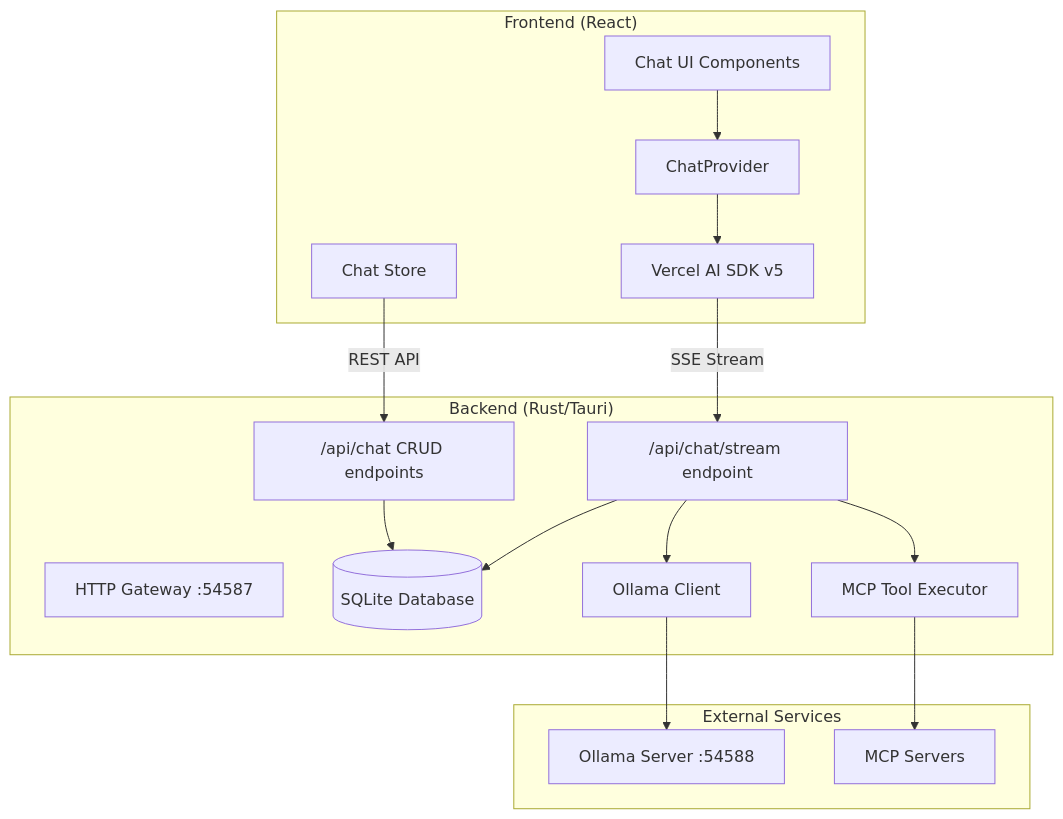
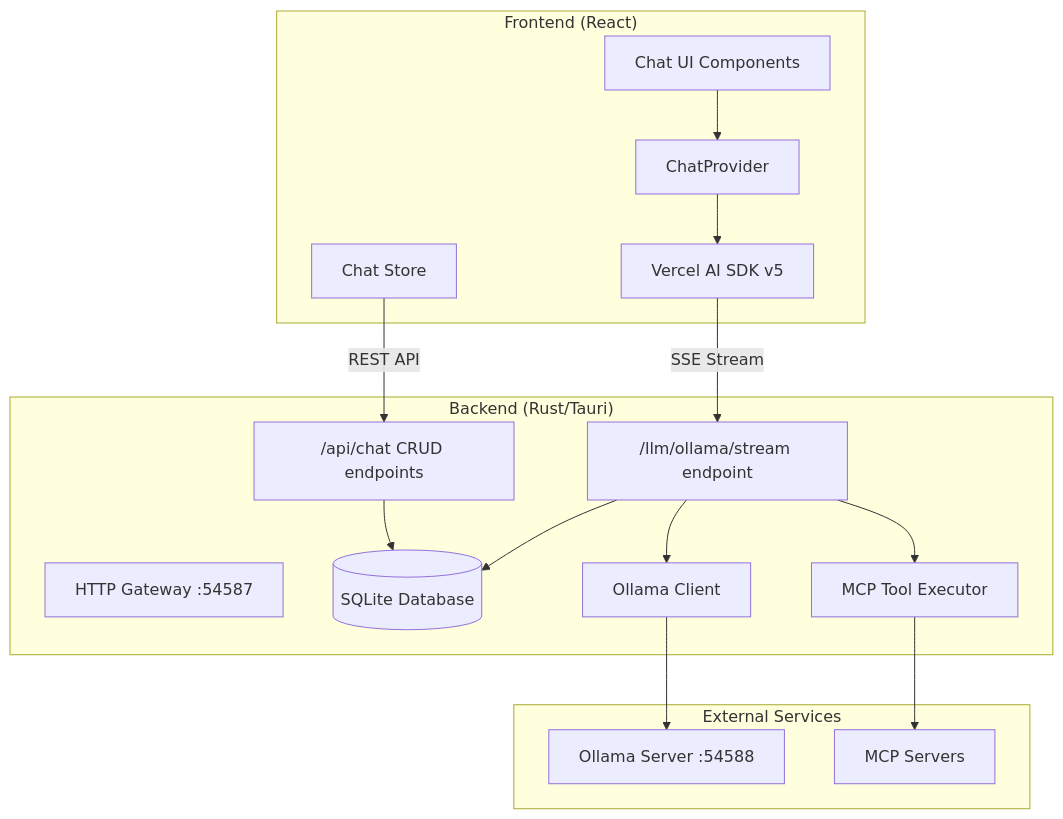
Before and after one commit to archestra-ai/prototypes: the first of 3 diagrams in desktop/chat-architecture.md, drawn with Mermaid. The commit also changed other lines of this file and 7 other files, not shown here.

Commit message:
Remove chat handler, move things to ollama.rs

````diff
--- a/desktop/chat-architecture.md
+++ b/desktop/chat-architecture.md
@@ -9,37 +9,37 @@
 ```mermaid
 graph TB
     subgraph "Frontend (React)"
         UI[Chat UI Components]
         CP[ChatProvider]
         SDK[Vercel AI SDK v5]
         CS[Chat Store]
     end
 
     subgraph "Backend (Rust/Tauri)"
         GW[HTTP Gateway :54587]
-        CHAT["/api/chat/stream endpoint"]
+        CHAT["/llm/ollama/stream endpoint"]
         CRUD["/api/chat CRUD endpoints"]
         DB[(SQLite Database)]
         MCP[MCP Tool Executor]
         OC[Ollama Client]
     end
 
     subgraph "External Services"
         OLLAMA[Ollama Server :54588]
         MCPS[MCP Servers]
     end
 
     UI --> CP
     CP --> SDK
     SDK --> |"SSE Stream"| CHAT
     CS --> |"REST API"| CRUD
 
     CHAT --> DB
     CHAT --> MCP
     CHAT --> OC
 
     OC --> OLLAMA
     MCP --> MCPS
 
     CRUD --> DB
 ```
````
